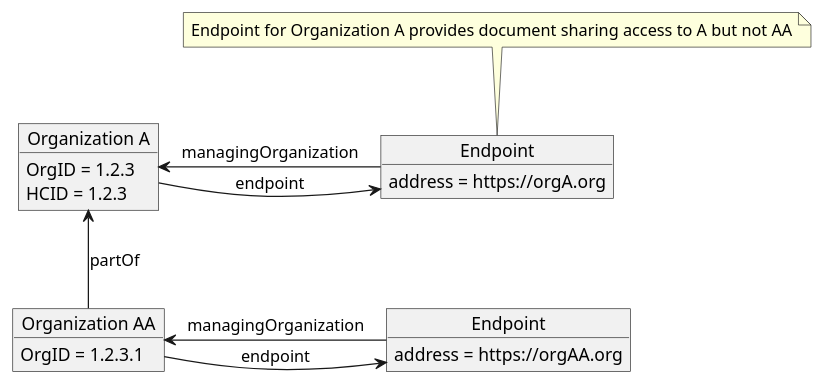
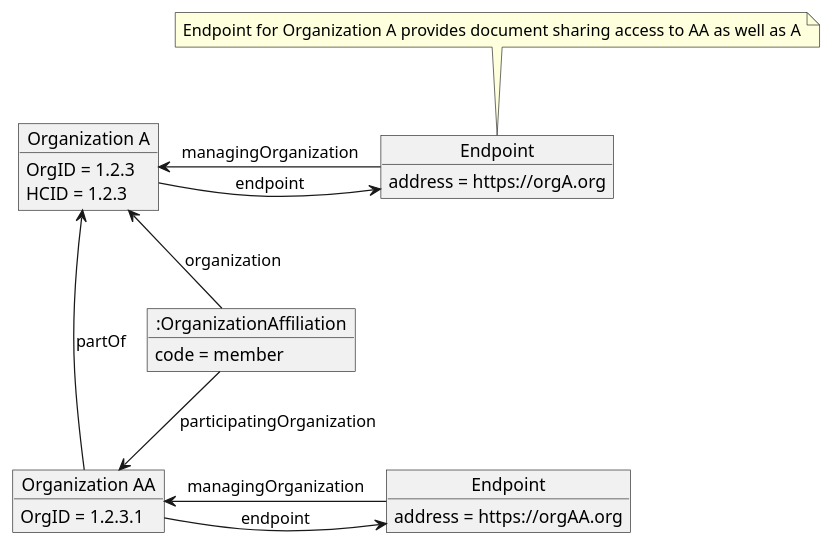
One commit to IHE/ITI.Topologies changed the diagram in images-source/dir-endpoint-to-child-hierarchy.plantuml. Above: the diagram before and after it, drawn with PlantUML. The commit also changed 8 other files, not shown here.

```diff
--- a/images-source/dir-endpoint-to-child-hierarchy.plantuml
+++ b/images-source/dir-endpoint-to-child-hierarchy.plantuml
@@ -1,24 +1,29 @@
 @startuml dir-endpoint-to-child-hierarchy
 hide footbox
 
 object "Organization A" as OrganizationA
 OrganizationA : OrgID = 1.2.3
 OrganizationA : HCID = 1.2.3
 object "Organization AA" as OrganizationAA
 OrganizationAA : OrgID = 1.2.3.1
 object "Endpoint" as EndpointA
 EndpointA : address = https://orgA.org
 object "Endpoint" as EndpointAA
 EndpointAA : address = https://orgAA.org
 
 OrganizationA <-- OrganizationAA : partOf
 EndpointA <-- OrganizationA : endpoint
 OrganizationA <- EndpointA : managingOrganization
 
 EndpointAA <-l- OrganizationAA : endpoint
 OrganizationAA <- EndpointAA : managingOrganization
 
-note "Endpoint for Organization A provides document sharing access to A but not AA" as N1
+object ":OrganizationAffiliation" as OrgAff
+OrgAff : code = member
+OrgAff --> OrganizationAA : participatingOrganization
+OrganizationA <-- OrgAff : organization
+
+note "Endpoint for Organization A provides document sharing access to AA as well as A" as N1
 N1 .. EndpointA
 
 @enduml
```
